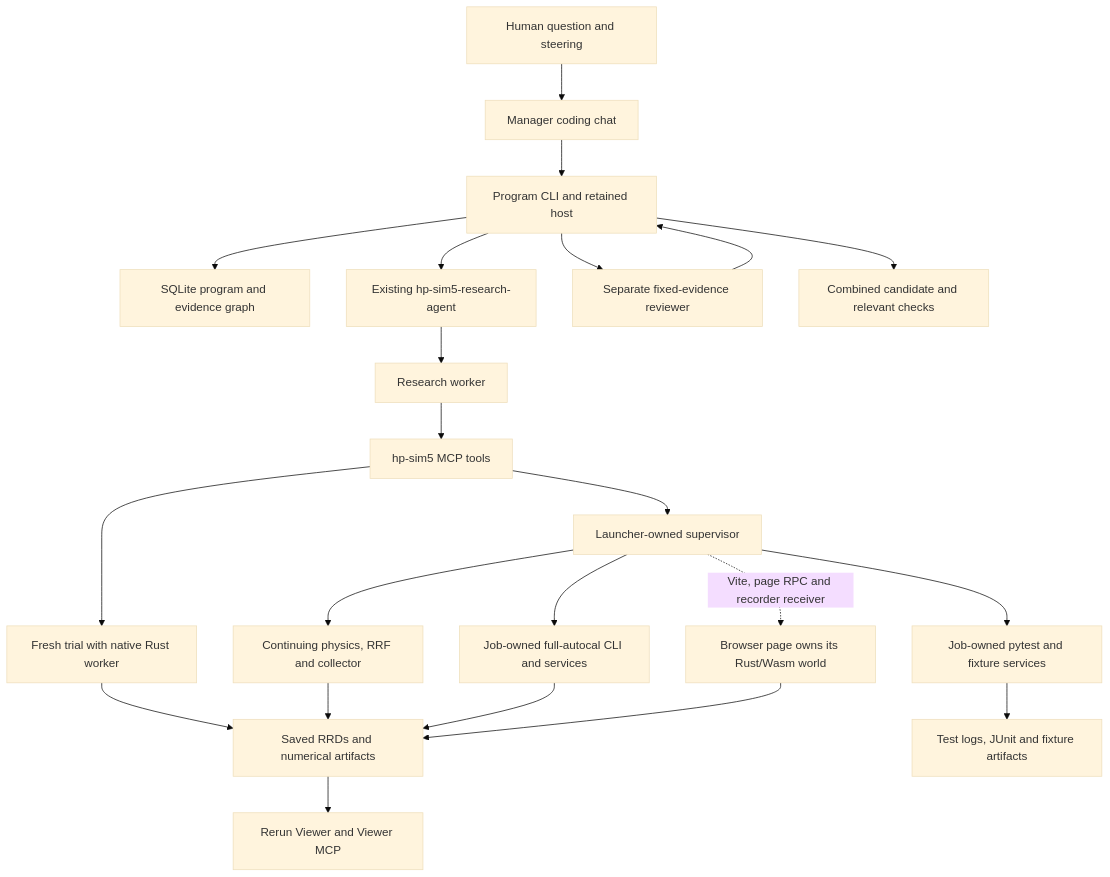
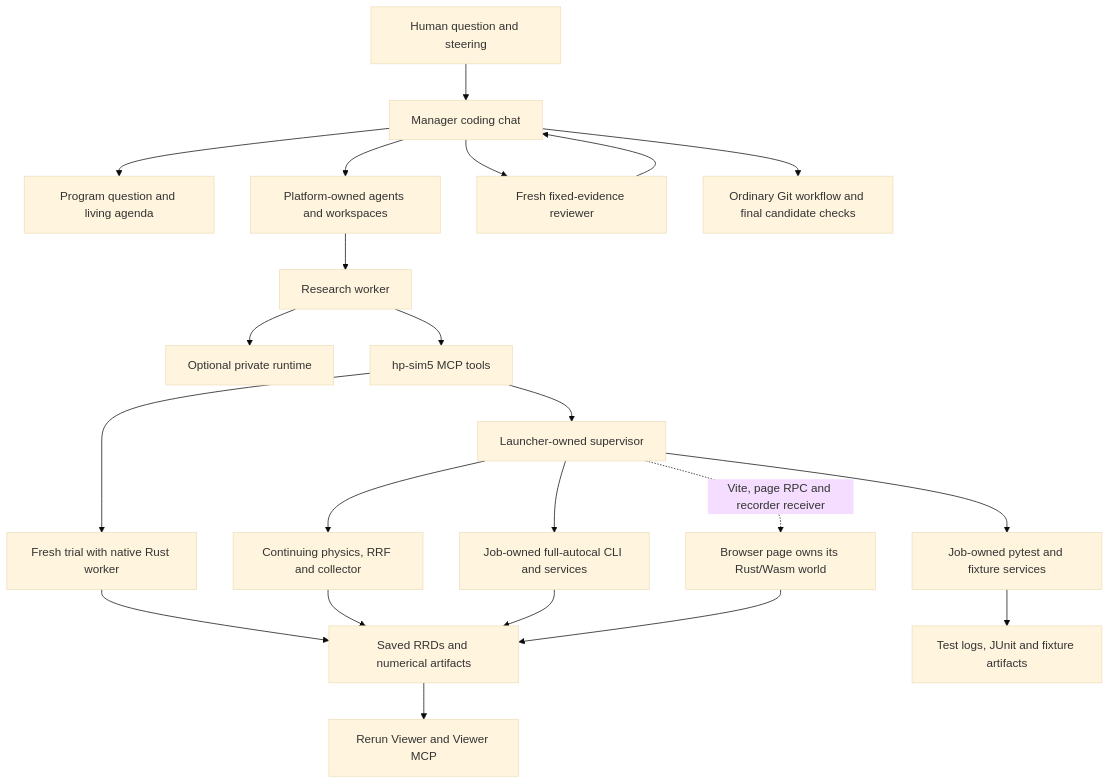
Before and after one commit to tobbelobb/hp-sim5: the diagram in research/architecture.md, drawn with Mermaid (base theme). The commit also changed other lines of this file and 169 other files, not shown here.

Commit message:
Simplify research programs around platform-owned agents

````diff
--- a/research/architecture.md
+++ b/research/architecture.md
@@ -20,24 +20,24 @@
 ```mermaid
 flowchart TD
     human[Human question and steering] --> manager[Manager coding chat]
-    manager --> controller[Program CLI and retained host]
-    controller --> memory[SQLite program and evidence graph]
-    controller --> launcher[Existing hp-sim5-research-agent]
-    launcher --> chat[Research worker]
-    controller --> review[Separate fixed-evidence reviewer]
-    review --> controller
-    controller --> integration[Combined candidate and relevant checks]
+    manager --> agenda[Program question and living agenda]
+    manager --> platform[Platform-owned agents and workspaces]
+    platform --> chat[Research worker]
+    chat --> launcher[Optional private runtime]
+    manager --> review[Fresh fixed-evidence reviewer]
+    review --> manager
+    manager --> integration[Ordinary Git workflow and final candidate checks]
     chat --> tools[hp-sim5 MCP tools]
     tools --> fresh[Fresh trial with native Rust worker]
     tools --> supervisor[Launcher-owned supervisor]
     supervisor --> continuing[Continuing physics, RRF and collector]
     supervisor --> autocal[Job-owned full-autocal CLI and services]
     supervisor --> tests[Job-owned pytest and fixture services]
     supervisor -. Vite, page RPC and recorder receiver .-> browser[Browser page owns its Rust/Wasm world]
     fresh --> rrd[Saved RRDs and numerical artifacts]
     continuing --> rrd
     autocal --> rrd
     browser --> rrd
     tests --> logs[Test logs, JUnit and fixture artifacts]
     rrd --> viewer[Rerun Viewer and Viewer MCP]
 ```
````
